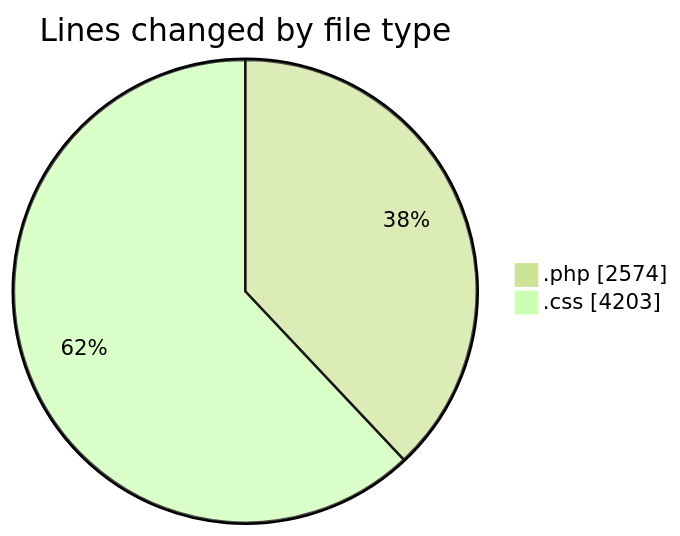
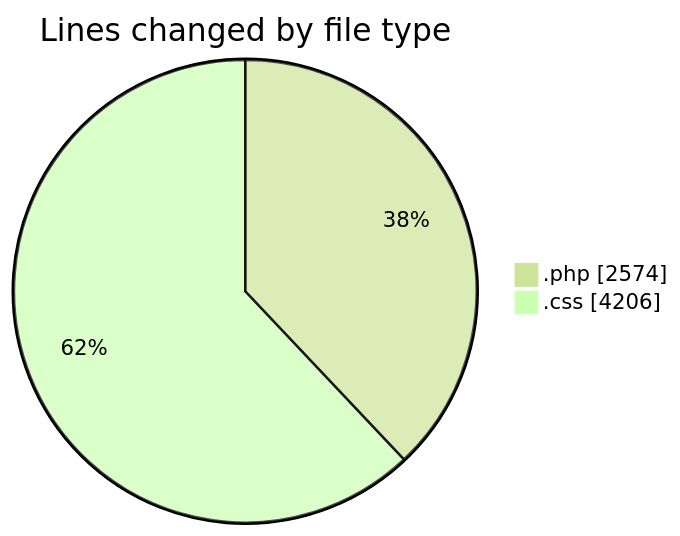
The first of 2 diagrams in 2026-08-14/untitled__workspace_/README.md (debugP/code-tracking), drawn with Mermaid (forest theme) before and after one commit. The commit also changed other lines of this file and 1 other file, not shown here.

````diff
--- a/2026-08-14/untitled__workspace_/README.md
+++ b/2026-08-14/untitled__workspace_/README.md
@@ -25,6 +25,6 @@
 ```mermaid
 pie showData
 title Lines changed by file type
 ".php" : 2574
-".css" : 4203
+".css" : 4206
 ```
````
